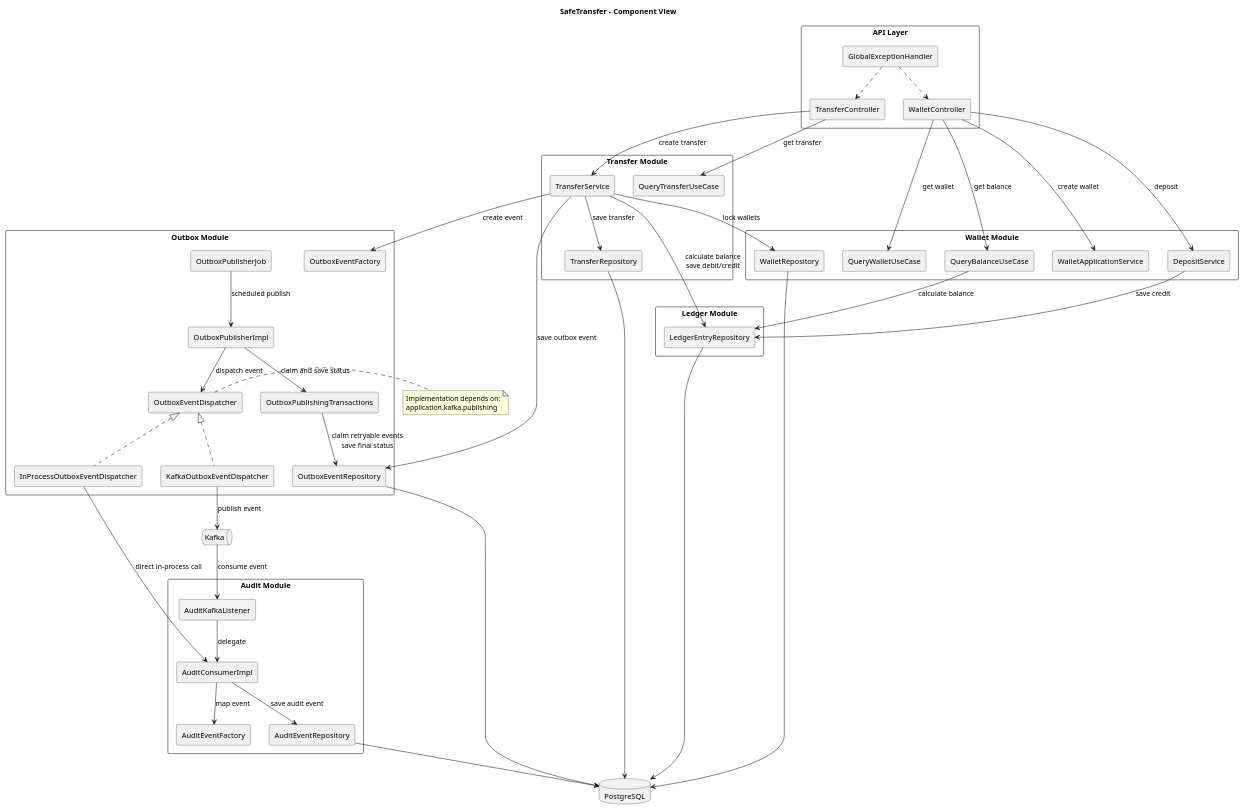
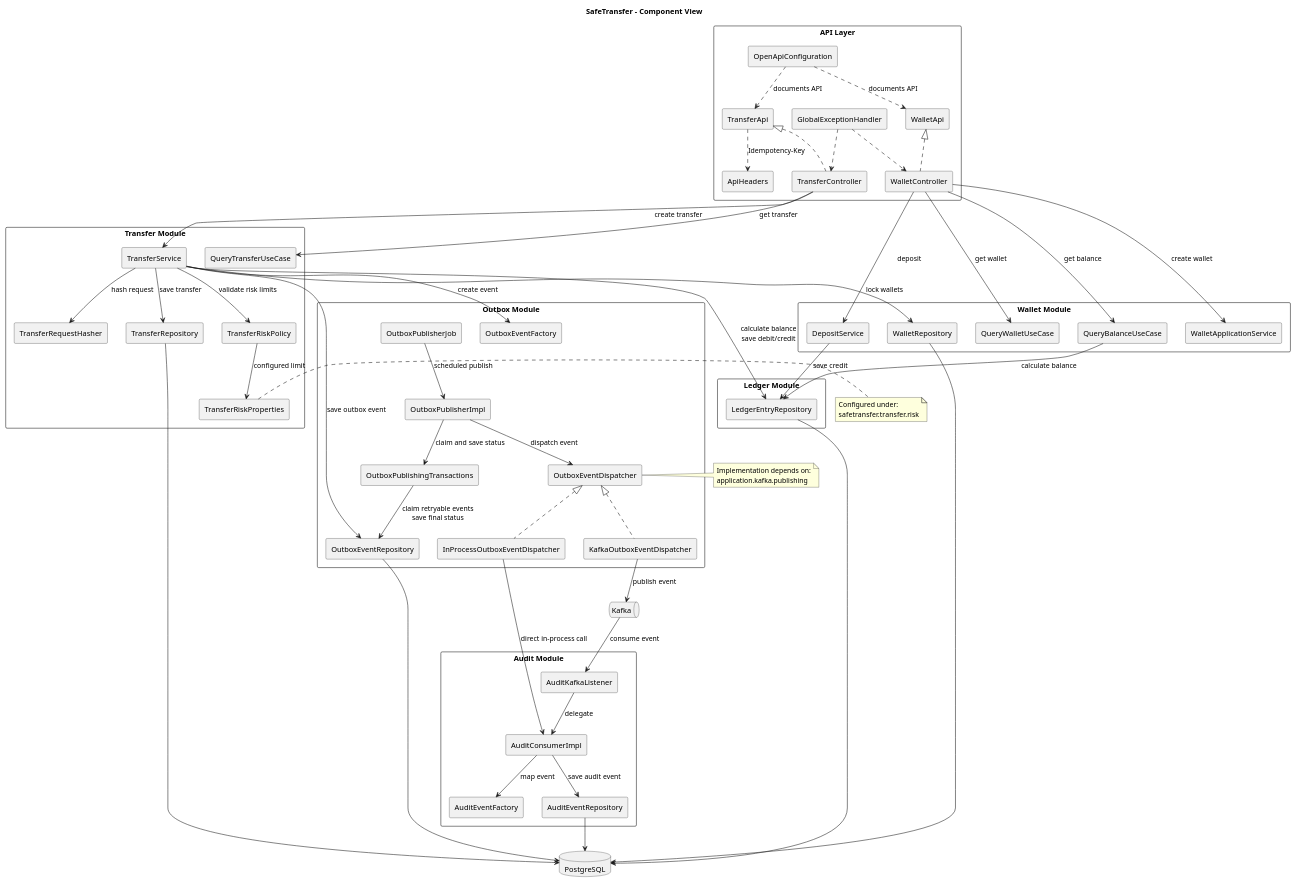
One commit to ngnowak/safe-transfer changed the diagram in architecture/component-view.puml. Above: the diagram before and after it, drawn with PlantUML. The commit also changed 7 other files, not shown here.

Commit message:
XXX(007): update diagram

```diff
--- a/architecture/component-view.puml
+++ b/architecture/component-view.puml
@@ -1,97 +1,118 @@
 @startuml SafeTransfer Component View
 title SafeTransfer - Component View
 
 skinparam shadowing false
 skinparam componentStyle rectangle
 skinparam packageStyle rectangle
 
 package "API Layer" {
+  [WalletApi] as WalletApi
   [WalletController] as WalletController
+  [TransferApi] as TransferApi
   [TransferController] as TransferController
+  [ApiHeaders] as ApiHeaders
   [GlobalExceptionHandler] as GlobalExceptionHandler
+  [OpenApiConfiguration] as OpenApiConfiguration
 }
 
 package "Wallet Module" {
   [WalletApplicationService] as WalletService
   [DepositService] as DepositService
   [QueryWalletUseCase] as QueryWallet
   [QueryBalanceUseCase] as QueryBalance
   [WalletRepository] as WalletRepository
 }
 
 package "Transfer Module" {
   [TransferService] as TransferService
+  [TransferRequestHasher] as TransferRequestHasher
+  [TransferRiskPolicy] as TransferRiskPolicy
+  [TransferRiskProperties] as TransferRiskProperties
   [QueryTransferUseCase] as QueryTransfer
   [TransferRepository] as TransferRepository
 }
 
 package "Ledger Module" {
   [LedgerEntryRepository] as LedgerRepository
 }
 
 package "Outbox Module" {
   [OutboxEventFactory] as OutboxFactory
   [OutboxPublisherJob] as PublisherJob
   [OutboxPublisherImpl] as Publisher
   [OutboxPublishingTransactions] as PublisherTransactions
   [OutboxEventDispatcher] as Dispatcher
   [InProcessOutboxEventDispatcher] as InProcessDispatcher
   [KafkaOutboxEventDispatcher] as KafkaDispatcher
   [OutboxEventRepository] as OutboxRepository
 }
 
 package "Audit Module" {
   [AuditKafkaListener] as AuditKafkaListener
   [AuditConsumerImpl] as AuditConsumer
   [AuditEventFactory] as AuditFactory
   [AuditEventRepository] as AuditRepository
 }
 
 database "PostgreSQL" as Db
 queue "Kafka" as Kafka
 
+WalletApi <|.. WalletController
+TransferApi <|.. TransferController
+OpenApiConfiguration ..> WalletApi : documents API
+OpenApiConfiguration ..> TransferApi : documents API
+TransferApi ..> ApiHeaders : Idempotency-Key
+
 WalletController --> WalletService : create wallet
 WalletController --> QueryWallet : get wallet
 WalletController --> QueryBalance : get balance
 WalletController --> DepositService : deposit
 
 TransferController --> TransferService : create transfer
 TransferController --> QueryTransfer : get transfer
 
+TransferService --> TransferRequestHasher : hash request
+TransferService --> TransferRiskPolicy : validate risk limits
+TransferRiskPolicy --> TransferRiskProperties : configured limit
 TransferService --> WalletRepository : lock wallets
 TransferService --> LedgerRepository : calculate balance\nsave debit/credit
 TransferService --> TransferRepository : save transfer
 TransferService --> OutboxFactory : create event
 TransferService --> OutboxRepository : save outbox event
 
 QueryBalance --> LedgerRepository : calculate balance
 DepositService --> LedgerRepository : save credit
 
 PublisherJob --> Publisher : scheduled publish
 Publisher --> PublisherTransactions : claim and save status
 PublisherTransactions --> OutboxRepository : claim retryable events\nsave final status
 Publisher --> Dispatcher : dispatch event
 Dispatcher <|.. InProcessDispatcher
 Dispatcher <|.. KafkaDispatcher
 InProcessDispatcher --> AuditConsumer : direct in-process call
 KafkaDispatcher --> Kafka : publish event
 Kafka --> AuditKafkaListener : consume event
 AuditKafkaListener --> AuditConsumer : delegate
 AuditConsumer --> AuditFactory : map event
 AuditConsumer --> AuditRepository : save audit event
 
 WalletRepository --> Db
 TransferRepository --> Db
 LedgerRepository --> Db
 OutboxRepository --> Db
 AuditRepository --> Db
 
 GlobalExceptionHandler ..> WalletController
 GlobalExceptionHandler ..> TransferController
 
 note right of Dispatcher
   Implementation depends on:
   application.kafka.publishing
 end note
 
+note right of TransferRiskProperties
+  Configured under:
+  safetransfer.transfer.risk
+end note
+
 @enduml
```
